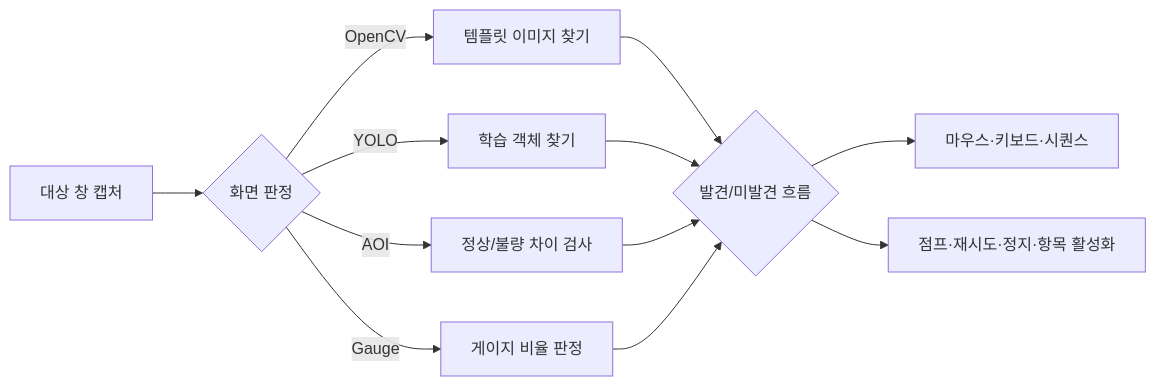
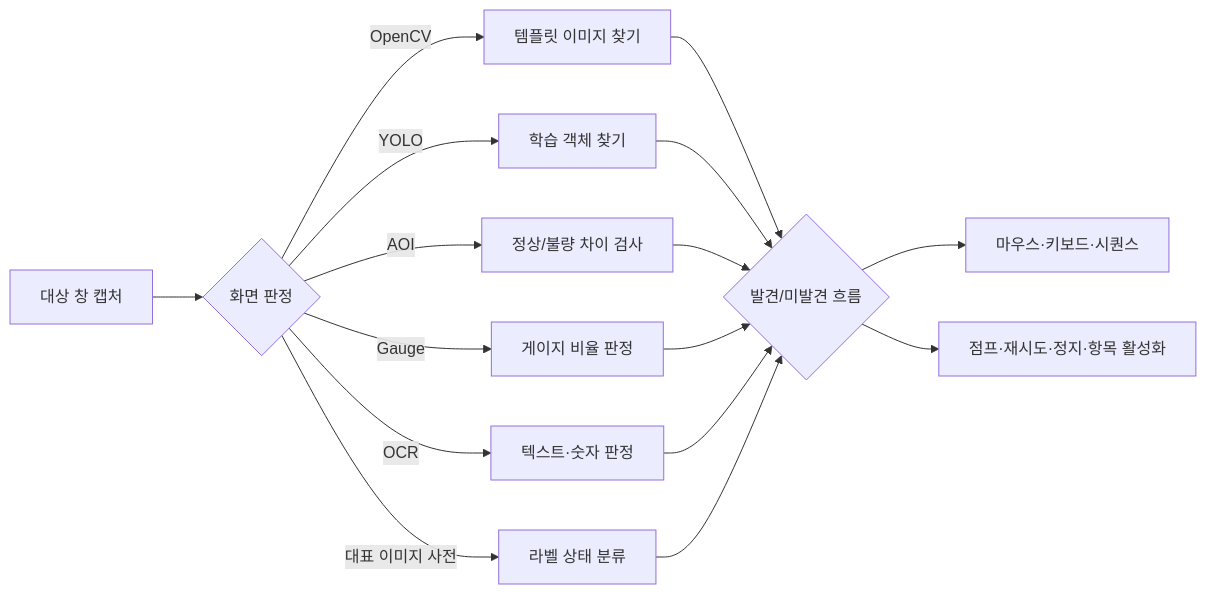
Before and after one commit to ko9ma7/YoloMacro-Distribution: the diagram in docs/USER_MANUAL.md, drawn with Mermaid. The commit also changed other lines of this file and 14 other files, not shown here.

````diff
--- a/docs/USER_MANUAL.md
+++ b/docs/USER_MANUAL.md
@@ -36,14 +37,18 @@
 ```mermaid
 flowchart LR
     A["대상 창 캡처"] --> B{"화면 판정"}
     B -->|OpenCV| C["템플릿 이미지 찾기"]
     B -->|YOLO| D["학습 객체 찾기"]
     B -->|AOI| E["정상/불량 차이 검사"]
     B -->|Gauge| F["게이지 비율 판정"]
+    B -->|OCR| J["텍스트·숫자 판정"]
+    B -->|대표 이미지 사전| K["라벨 상태 분류"]
     C --> G{"발견/미발견 흐름"}
     D --> G
     E --> G
     F --> G
+    J --> G
+    K --> G
     G --> H["마우스·키보드·시퀀스"]
     G --> I["점프·재시도·정지·항목 활성화"]
 ```
````
